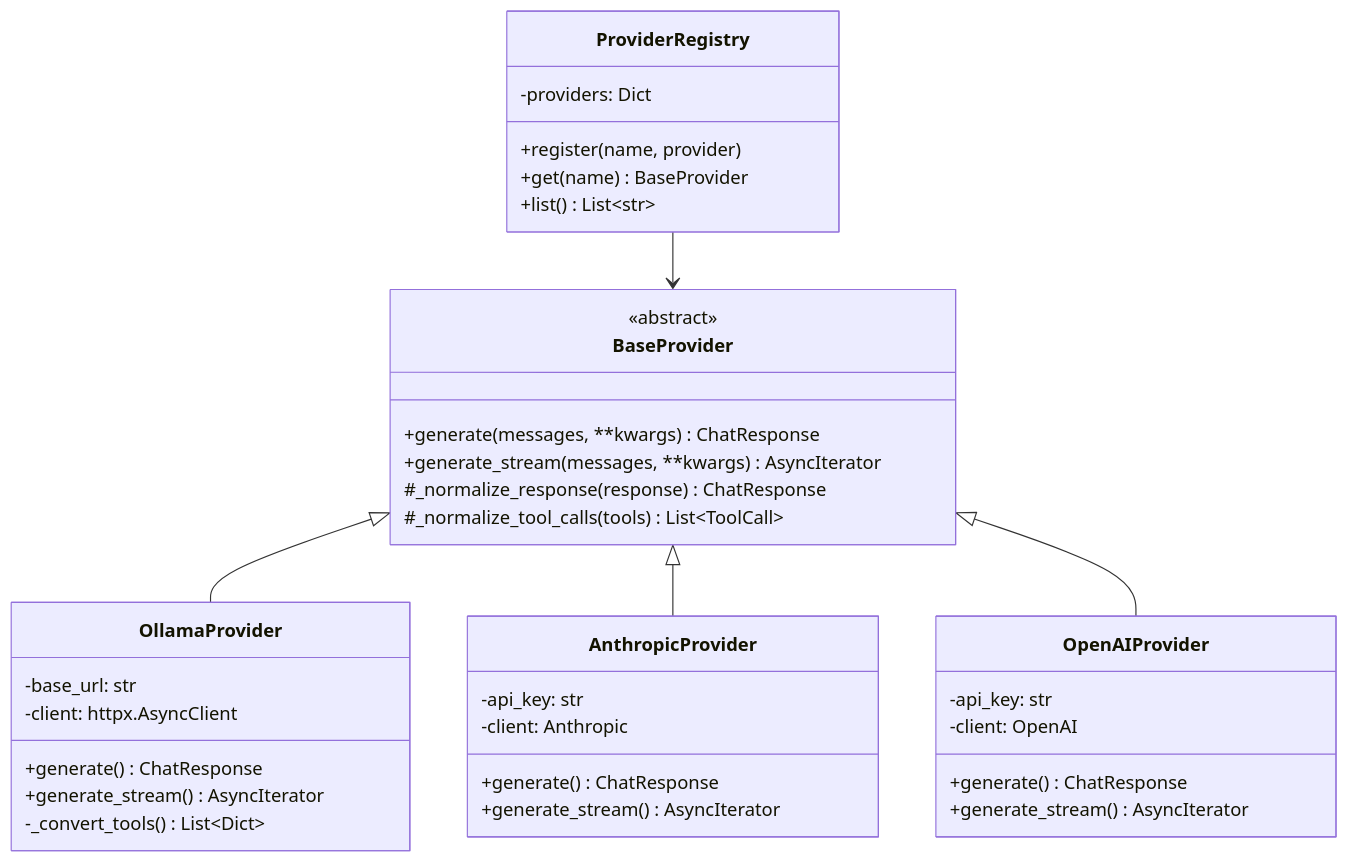
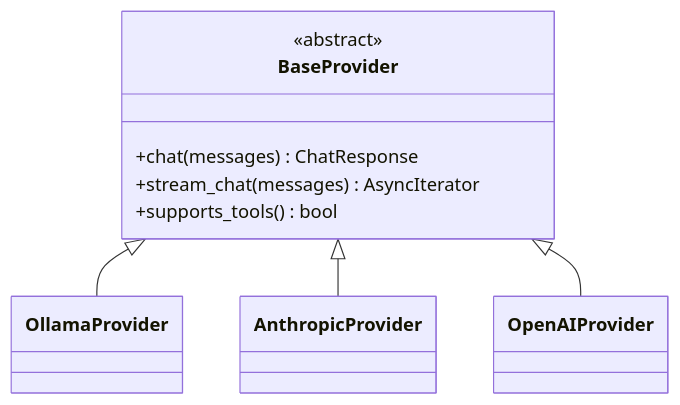
Before and after one commit to vjsingh1984/victor: the second of 6 diagrams in docs/DEVELOPER_GUIDE.md, drawn with Mermaid. The commit also changed other lines of this file and 6 other files, not shown here.

First line of the commit message:
docs: refresh documentation with tables, diagrams, and admonitions

````diff
--- a/docs/DEVELOPER_GUIDE.md
+++ b/docs/DEVELOPER_GUIDE.md
@@ -77,45 +89,12 @@
 ```mermaid
 classDiagram
     class BaseProvider {
         <<abstract>>
-        +generate(messages, **kwargs) ChatResponse
-        +generate_stream(messages, **kwargs) AsyncIterator
-        #_normalize_response(response) ChatResponse
-        #_normalize_tool_calls(tools) List~ToolCall~
+        +chat(messages) ChatResponse
+        +stream_chat(messages) AsyncIterator
+        +supports_tools() bool
     }
-
-    class OllamaProvider {
-        -base_url: str
-        -client: httpx.AsyncClient
-        +generate() ChatResponse
-        +generate_stream() AsyncIterator
-        -_convert_tools() List~Dict~
-    }
-
-    class AnthropicProvider {
-        -api_key: str
-        -client: Anthropic
-        +generate() ChatResponse
-        +generate_stream() AsyncIterator
-    }
-
-    class OpenAIProvider {
-        -api_key: str
-        -client: OpenAI
-        +generate() ChatResponse
-        +generate_stream() AsyncIterator
-    }
-
     BaseProvider <|-- OllamaProvider
     BaseProvider <|-- AnthropicProvider
     BaseProvider <|-- OpenAIProvider
-
-    class ProviderRegistry {
-        -providers: Dict
-        +register(name, provider)
-        +get(name) BaseProvider
-        +list() List~str~
-    }
-
-    ProviderRegistry --> BaseProvider
 ```
````
